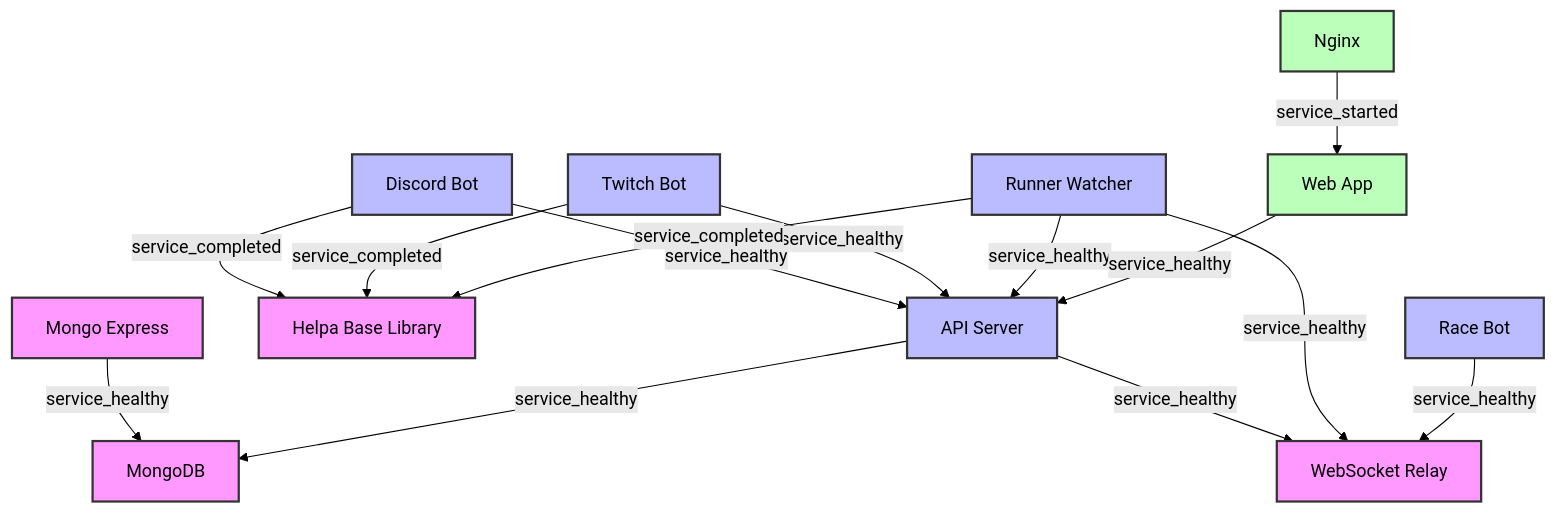
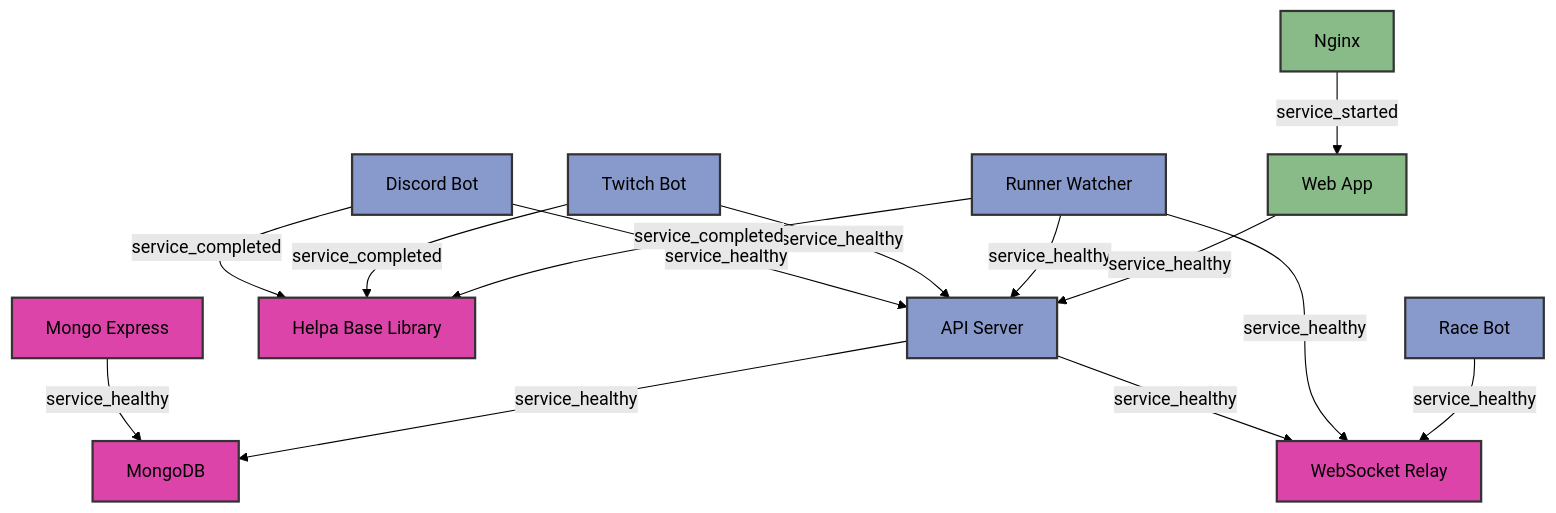
One commit to greenham/helpasaur-king changed the diagram in CLAUDE.md. Above: the diagram before and after it, drawn with Mermaid (forest theme).

Commit message:
fix: Use darker colors in Mermaid diagram for better text readability

````diff
--- a/CLAUDE.md
+++ b/CLAUDE.md
@@ -48,48 +48,48 @@
 ```mermaid
 graph TD
     %% Core Infrastructure
     mongo[MongoDB]
     mongo-express[Mongo Express]
     ws-relay[WebSocket Relay]
     helpa-base[Helpa Base Library]
     
     %% Services
     api[API Server]
     discord[Discord Bot]
     twitch[Twitch Bot]
     web[Web App]
     nginx[Nginx]
     runnerwatcher[Runner Watcher]
     racebot[Race Bot]
     
     %% Dependencies
     mongo-express -->|service_healthy| mongo
     
     api -->|service_healthy| mongo
     api -->|service_healthy| ws-relay
     
     discord -->|service_healthy| api
     discord -->|service_completed| helpa-base
     
     twitch -->|service_healthy| api
     twitch -->|service_completed| helpa-base
     
     runnerwatcher -->|service_healthy| api
     runnerwatcher -->|service_healthy| ws-relay
     runnerwatcher -->|service_completed| helpa-base
     
     racebot -->|service_healthy| ws-relay
     
     web -->|service_healthy| api
     
     nginx -->|service_started| web
     
     %% Styling
-    classDef infrastructure fill:#f9f,stroke:#333,stroke-width:2px
-    classDef service fill:#bbf,stroke:#333,stroke-width:2px
-    classDef frontend fill:#bfb,stroke:#333,stroke-width:2px
+    classDef infrastructure fill:#d4a,stroke:#333,stroke-width:2px
+    classDef service fill:#89c,stroke:#333,stroke-width:2px
+    classDef frontend fill:#8b8,stroke:#333,stroke-width:2px
     
     class mongo,mongo-express,ws-relay,helpa-base infrastructure
     class api,discord,twitch,runnerwatcher,racebot service
     class web,nginx frontend
 ```
````
